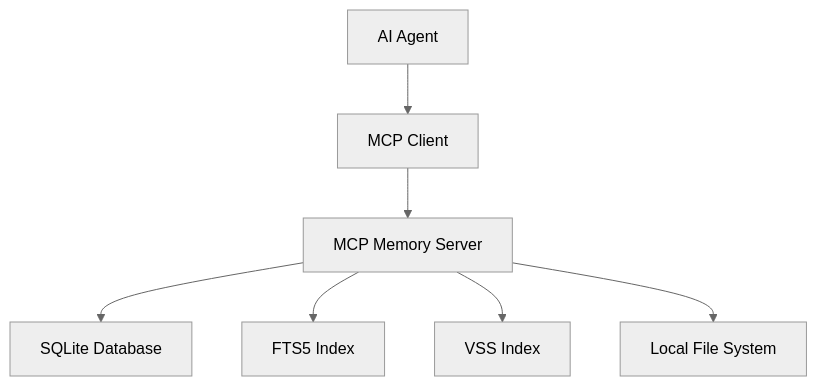
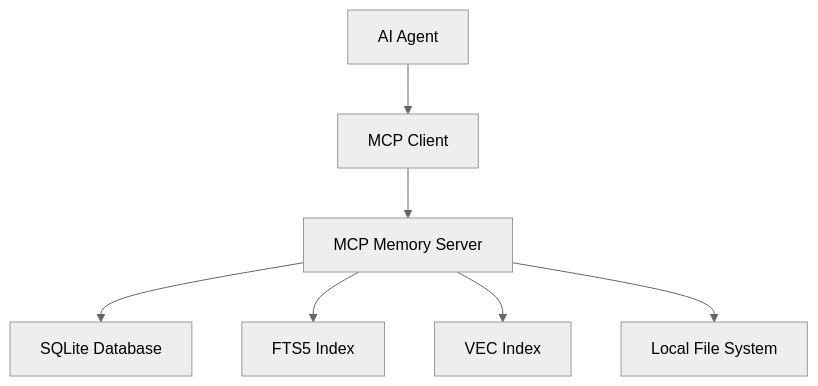
Before and after one commit to jee1/memento: the fifth of 8 diagrams in docs/en/architecture.md, drawn with Mermaid (neutral theme). The commit also changed other lines of this file and 7 other files, not shown here.

````diff
--- a/docs/en/architecture.md
+++ b/docs/en/architecture.md
@@ -711,9 +711,9 @@
 ```mermaid
 graph TB
     A[AI Agent] --> B[MCP Client]
     B --> C[MCP Memory Server]
     C --> D[SQLite Database]
     C --> E[FTS5 Index]
-    C --> F[VSS Index]
+    C --> F[VEC Index]
     C --> G[Local File System]
 ```
````
